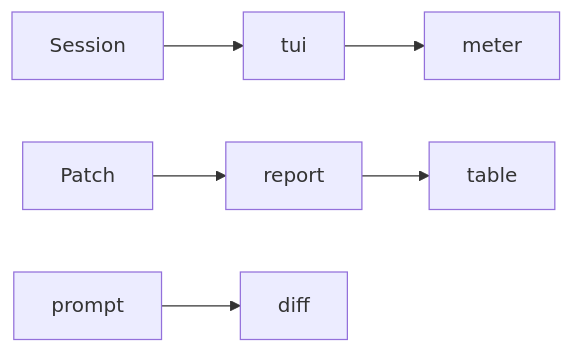
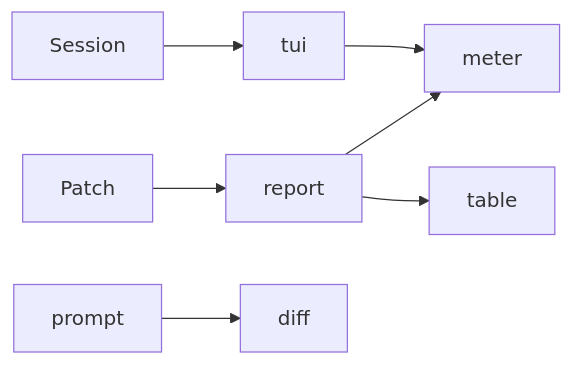
Before and after one commit to turkosaurus/synth: the diagram in src/view/README.md, drawn with Mermaid. The commit also changed 8 other files, not shown here.

````diff
--- a/src/view/README.md
+++ b/src/view/README.md
@@ -14,6 +14,7 @@
 ```mermaid
 flowchart LR
     Session --> tui --> meter
     Patch --> report --> table
+    report --> meter
     prompt --> diff
 ```
````
